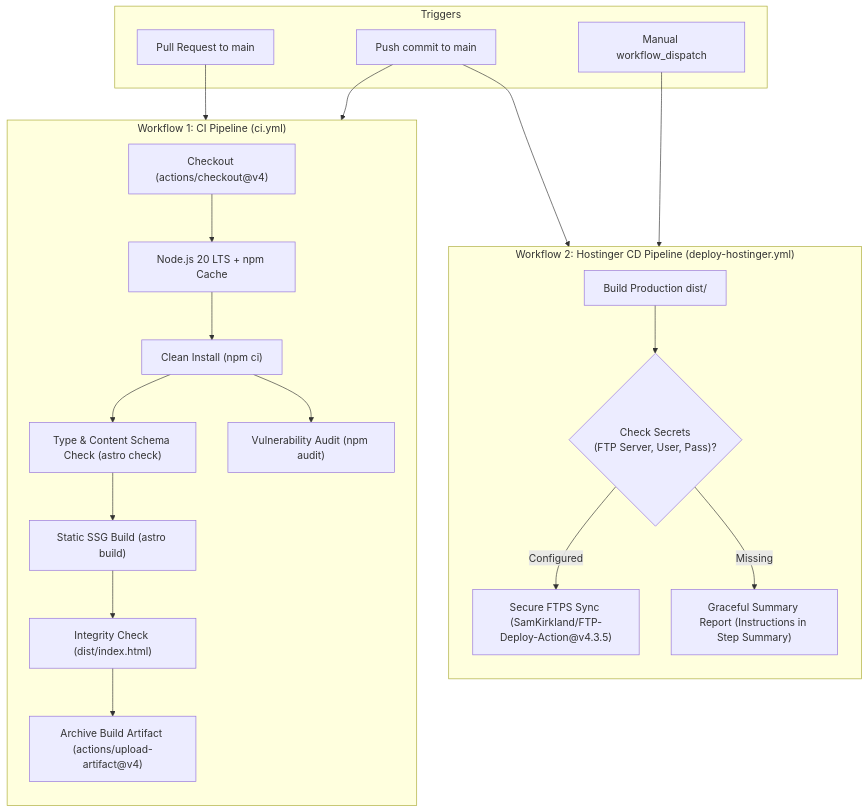
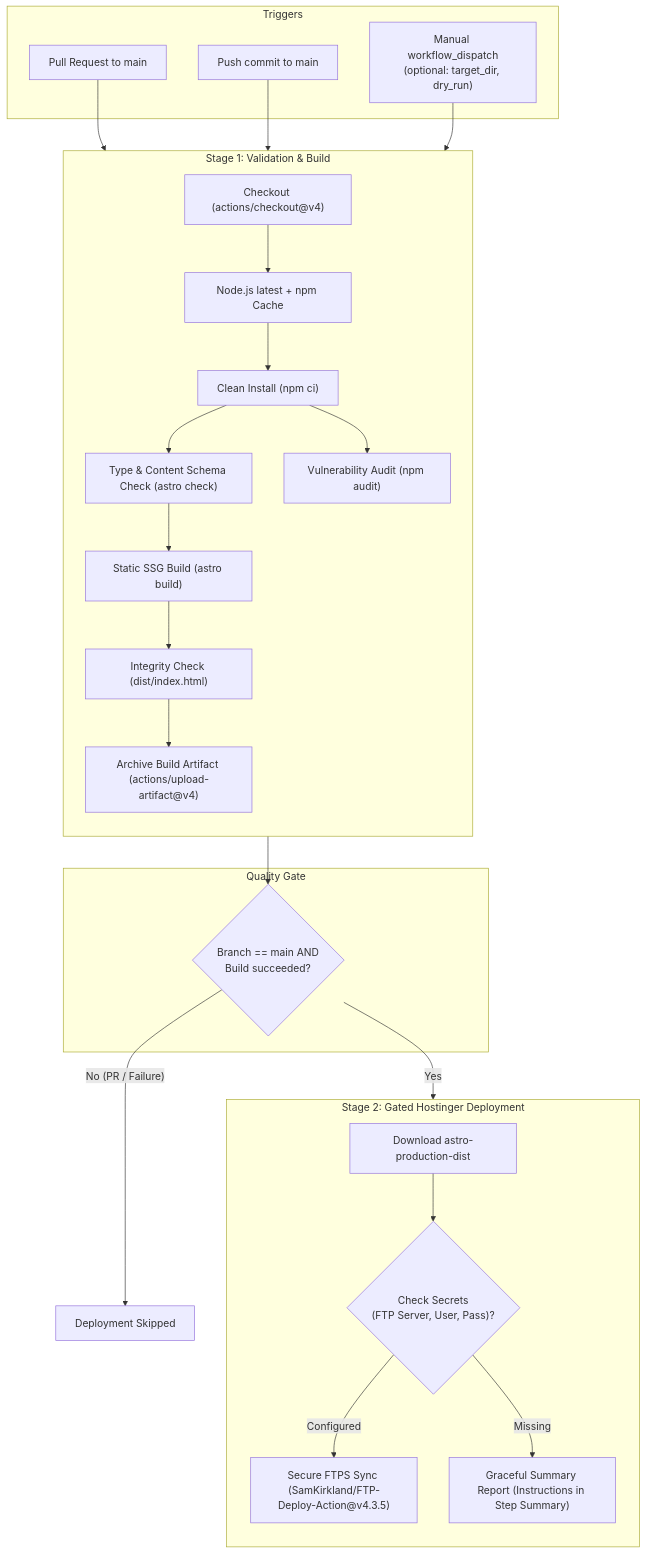
One commit to zaheerabbas139/test-hostinger-tbdeleted1 changed the diagram in docs/infrastructure/github-actions-ci-cd.md. Above: the diagram before and after it, drawn with Mermaid. The commit also changed other lines of this file and 5 other files, not shown here.

````diff
--- a/docs/infrastructure/github-actions-ci-cd.md
+++ b/docs/infrastructure/github-actions-ci-cd.md
@@ -17,42 +18,48 @@
 ```mermaid
 flowchart TD
     subgraph Trigger["Triggers"]
         PR["Pull Request to main"]
         Push["Push commit to main"]
-        Manual["Manual workflow_dispatch"]
+        Manual["Manual workflow_dispatch\n(optional: target_dir, dry_run)"]
     end
 
-    subgraph CI["Workflow 1: CI Pipeline (ci.yml)"]
+    subgraph CI["Stage 1: Validation & Build"]
         direction TB
         Checkout["Checkout (actions/checkout@v4)"]
-        Setup["Node.js 20 LTS + npm Cache"]
+        Setup["Node.js latest + npm Cache"]
         CleanInstall["Clean Install (npm ci)"]
         TypeCheck["Type & Content Schema Check (astro check)"]
         SecurityScan["Vulnerability Audit (npm audit)"]
         Build["Static SSG Build (astro build)"]
         Verify["Integrity Check (dist/index.html)"]
         Artifact["Archive Build Artifact (actions/upload-artifact@v4)"]
 
         Checkout --> Setup --> CleanInstall
         CleanInstall --> TypeCheck
         CleanInstall --> SecurityScan
         TypeCheck --> Build --> Verify --> Artifact
     end
 
-    subgraph CD["Workflow 2: Hostinger CD Pipeline (deploy-hostinger.yml)"]
+    subgraph Gate["Quality Gate"]
+        GatedCheck{"Branch == main AND\nBuild succeeded?"}
+    end
+
+    subgraph CD["Stage 2: Gated Hostinger Deployment"]
         direction TB
-        CD_Build["Build Production dist/"]
+        Download["Download astro-production-dist"]
         SecretsCheck{"Check Secrets\n(FTP Server, User, Pass)?"}
         FTPS["Secure FTPS Sync (SamKirkland/FTP-Deploy-Action@v4.3.5)"]
         Skip["Graceful Summary Report (Instructions in Step Summary)"]
 
-        CD_Build --> SecretsCheck
+        Download --> SecretsCheck
         SecretsCheck -- "Configured" --> FTPS
         SecretsCheck -- "Missing" --> Skip
     end
 
     PR --> CI
     Push --> CI
-    Push --> CD
-    Manual --> CD
+    Manual --> CI
+    Artifact --> GatedCheck
+    GatedCheck -- "Yes" --> Download
+    GatedCheck -- "No (PR / Failure)" --> Stop["Deployment Skipped"]
 ```
````
